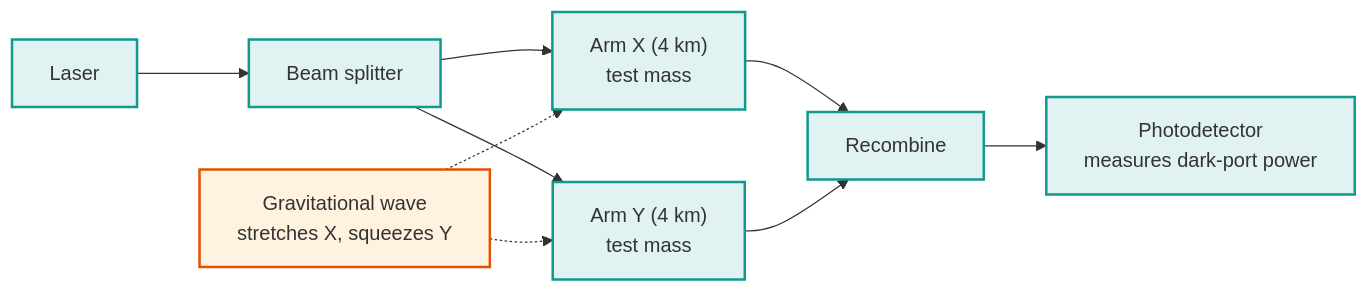
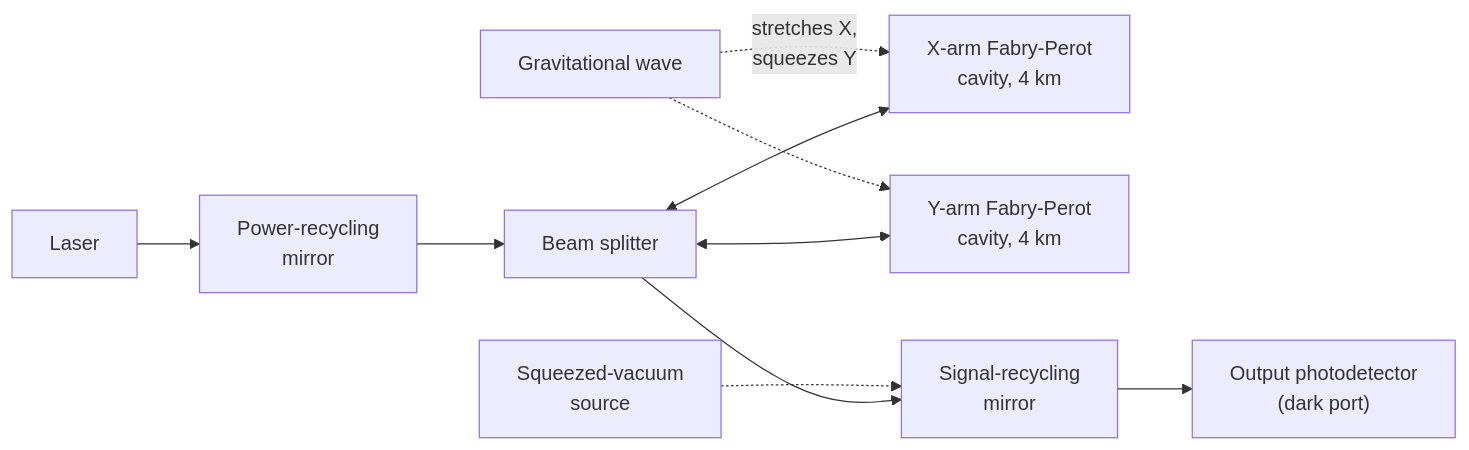
Before and after one commit to AndrewAltimit/Documentation: the second of 3 diagrams in github-pages/docs/physics/relativity/gravitational-waves.md, drawn with Mermaid. The commit also changed other lines of this file and 240 other files, not shown here.

````diff
--- a/github-pages/docs/physics/relativity/gravitational-waves.md
+++ b/github-pages/docs/physics/relativity/gravitational-waves.md
@@ -303,15 +306,12 @@
 ```mermaid
 graph LR
-    LASER["Laser"] --> BS["Beam splitter"]
-    BS --> ARMX["Arm X (4 km)<br/>test mass"]
-    BS --> ARMY["Arm Y (4 km)<br/>test mass"]
-    ARMX --> BS2["Recombine"]
-    ARMY --> BS2
-    BS2 --> PD["Photodetector<br/>measures dark-port power"]
-    GW["Gravitational wave<br/>stretches X, squeezes Y"] -.-> ARMX
-    GW -.-> ARMY
-    classDef opt fill:#e0f2f1,stroke:#11998e,stroke-width:2px;
-    classDef sig fill:#fff3e0,stroke:#e65100,stroke-width:2px;
-    class LASER,BS,ARMX,ARMY,BS2,PD opt;
-    class GW sig;
+    L["Laser"] --> PR["Power-recycling<br/>mirror"]
+    PR --> BS["Beam splitter"]
+    BS <--> X["X-arm Fabry-Perot<br/>cavity, 4 km"]
+    BS <--> Y["Y-arm Fabry-Perot<br/>cavity, 4 km"]
+    BS --> SR["Signal-recycling<br/>mirror"]
+    SR --> PD["Output photodetector<br/>(dark port)"]
+    SQ["Squeezed-vacuum<br/>source"] -.-> SR
+    GW["Gravitational wave"] -.->|"stretches X,<br/>squeezes Y"| X
+    GW -.-> Y
 ```
````
